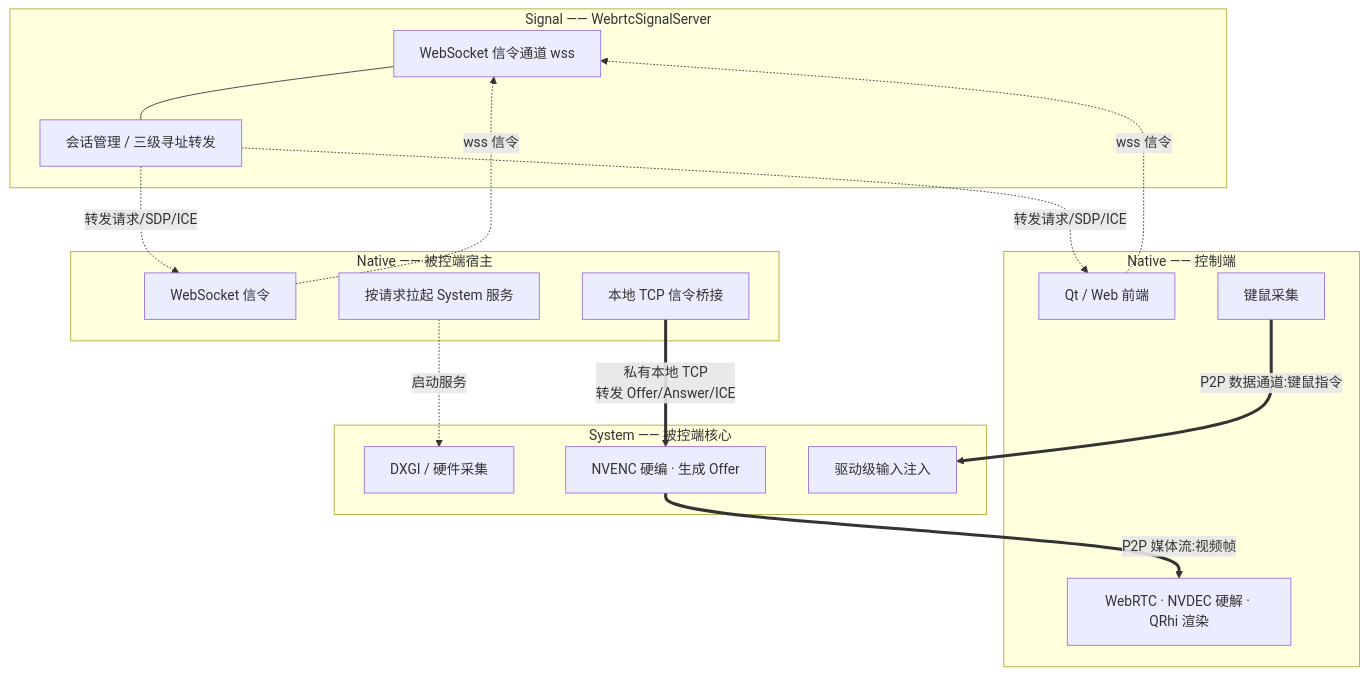
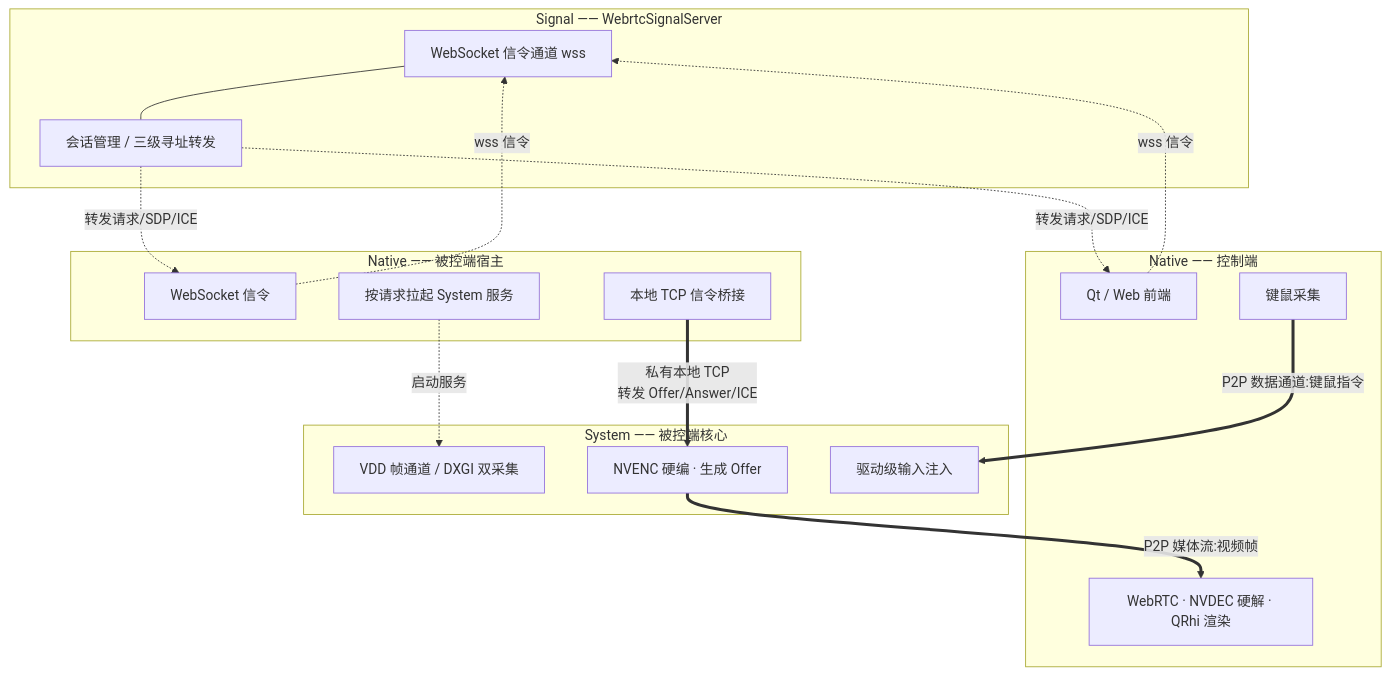
Before and after one commit to HopeTiga/HopeDesk: the diagram in README.md, drawn with Mermaid. The commit also changed other lines of this file, not shown here.

````diff
--- a/README.md
+++ b/README.md
@@ -22,35 +24,35 @@
 ```mermaid
 graph TD
     subgraph S [Signal —— WebrtcSignalServer]
         S1[WebSocket 信令通道 wss]
         S2[会话管理 / 三级寻址转发]
         S1 --- S2
     end
 
     subgraph NA [Native —— 控制端]
         NA1[Qt / Web 前端]
         NA2[WebRTC · NVDEC 硬解 · QRhi 渲染]
         NA3[键鼠采集]
     end
 
     subgraph NB [Native —— 被控端宿主]
         NB1[WebSocket 信令]
         NB2[本地 TCP 信令桥接]
         NB3[按请求拉起 System 服务]
     end
 
     subgraph M [System —— 被控端核心]
-        M1[DXGI / 硬件采集]
+        M1[VDD 帧通道 / DXGI 双采集]
         M2[NVENC 硬编 · 生成 Offer]
         M3[驱动级输入注入]
     end
 
     NA1 -. wss 信令 .-> S1
     NB1 -. wss 信令 .-> S1
     S2 -. 转发请求/SDP/ICE .-> NA1
     S2 -. 转发请求/SDP/ICE .-> NB1
     NB3 -. 启动服务 .-> M1
     NB2 == 私有本地 TCP<br/>转发 Offer/Answer/ICE ==> M2
     M2 == P2P 媒体流:视频帧 ==> NA2
     NA3 == P2P 数据通道:键鼠指令 ==> M3
 ```
````
